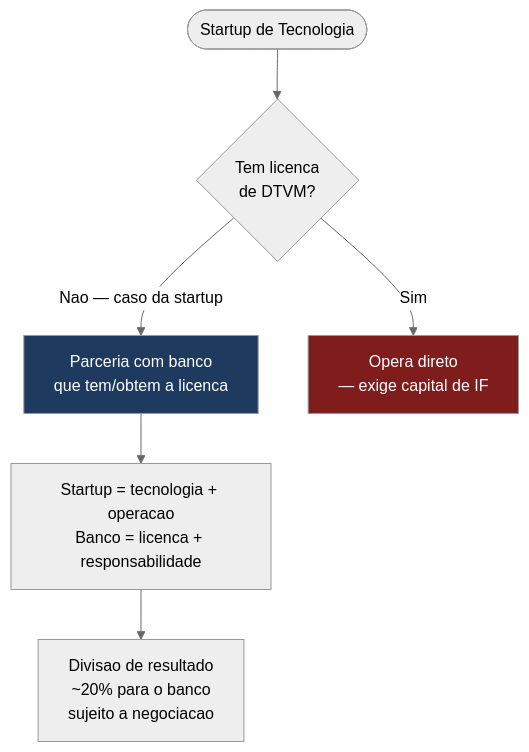
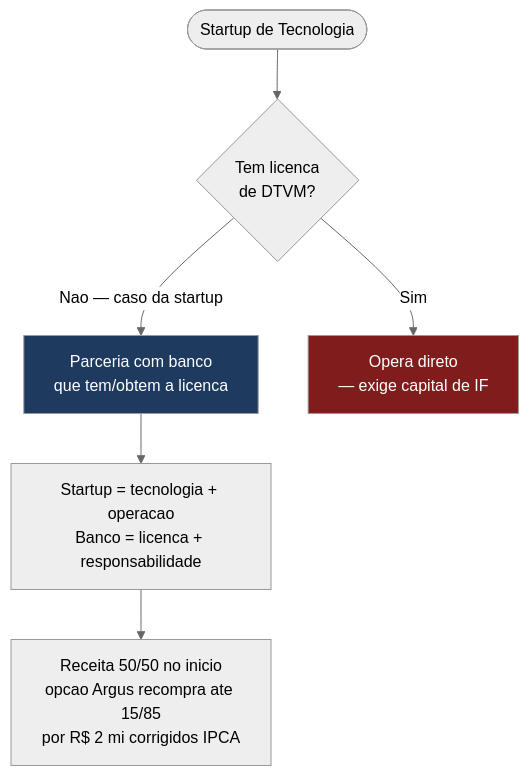
The sixth of 11 diagrams in plano_dtvm_fundos_pequenos.md (viniciuscbf/dtvm), drawn with Mermaid (neutral theme) before and after one commit. The commit also changed other lines of this file and 91 other files, not shown here.

````diff
--- a/plano_dtvm_fundos_pequenos.md
+++ b/plano_dtvm_fundos_pequenos.md
@@ -206,10 +209,10 @@
 ```mermaid
 flowchart TD
     Start([Startup de Tecnologia]) --> Q{Tem licenca<br/>de DTVM?}
     Q -->|Nao — caso da startup| Parceria[Parceria com banco<br/>que tem/obtem a licenca]
     Q -->|Sim| Direto[Opera direto<br/>— exige capital de IF]
     Parceria --> Modelo[Startup = tecnologia + operacao<br/>Banco = licenca + responsabilidade]
-    Modelo --> Split[Divisao de resultado<br/>~20% para o banco<br/>sujeito a negociacao]
+    Modelo --> Split[Receita 50/50 no inicio<br/>opcao Argus recompra ate 15/85<br/>por R$ 2 mi corrigidos IPCA]
     style Parceria fill:#1e3a5f,color:#fff
     style Direto fill:#7f1d1d,color:#fff
 ```
````
